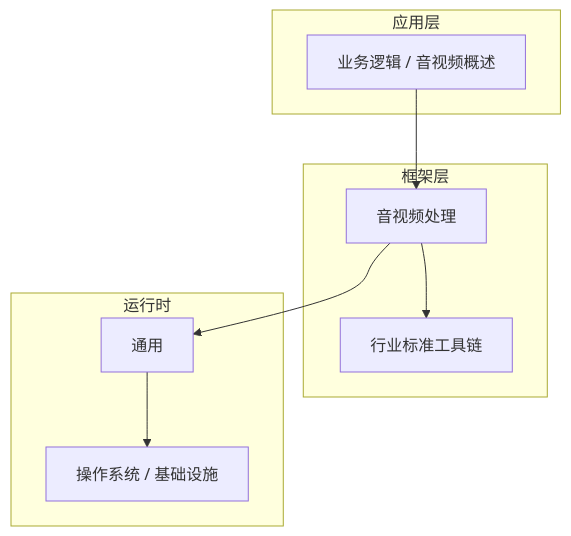
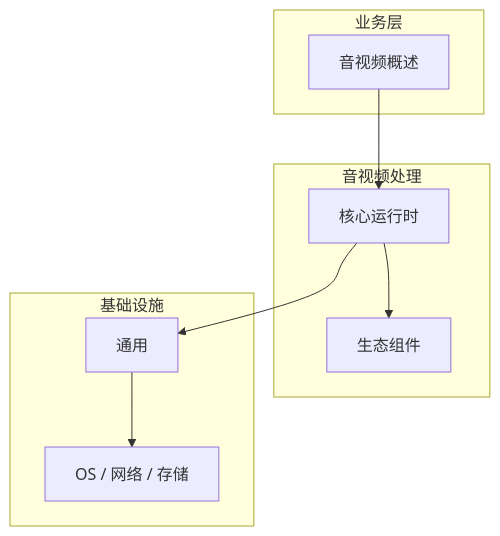
One commit to yanggan2015/knowledge-json-v2 changed the diagram in articles/音视频处理/chapters/001-音视频概述核心概念与原理.md. Above: the diagram before and after it, drawn with Mermaid. The commit also changed other lines of this file and 10127 other files, not shown here.

````diff
--- a/articles/音视频处理/chapters/001-音视频概述核心概念与原理.md
+++ b/articles/音视频处理/chapters/001-音视频概述核心概念与原理.md
@@ -45,18 +30,18 @@
 ```mermaid
 graph TB
-    subgraph 应用层
-        A[业务逻辑 / 音视频概述]
+    subgraph 业务层
+        A[音视频概述]
     end
-    subgraph 框架层
-        B[音视频处理]
-        C[行业标准工具链]
+    subgraph 音视频处理
+        B[核心运行时]
+        C[生态组件]
     end
-    subgraph 运行时
+    subgraph 基础设施
         D[通用]
-        E[操作系统 / 基础设施]
+        E[OS / 网络 / 存储]
     end
     A --> B
     B --> C
     B --> D
     D --> E
 ```
````
